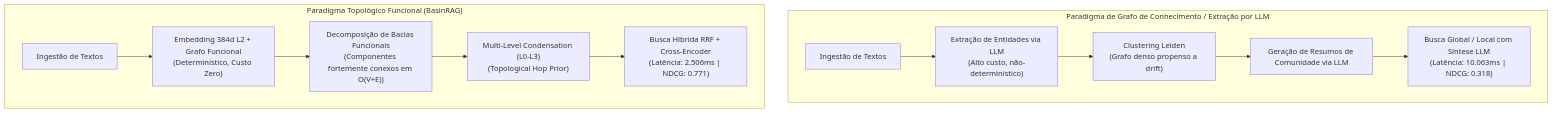
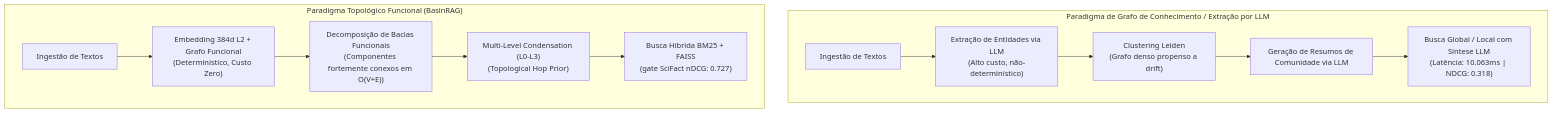
One commit to Basinfy/BasinRAG changed the diagram in docs/BENCHMARK_COMPARISON_pt.md. Above: the diagram before and after it, drawn with Mermaid. The commit also changed other lines of this file and 45 other files, not shown here.

````diff
--- a/docs/BENCHMARK_COMPARISON_pt.md
+++ b/docs/BENCHMARK_COMPARISON_pt.md
@@ -49,16 +52,16 @@
 ```mermaid
 graph TD
     subgraph "Paradigma de Grafo de Conhecimento / Extração por LLM"
         G1["Ingestão de Textos"] --> G2["Extração de Entidades via LLM<br>(Alto custo, não-determinístico)"]
         G2 --> G3["Clustering Leiden<br>(Grafo denso propenso a drift)"]
         G3 --> G4["Geração de Resumos de Comunidade via LLM"]
         G4 --> G5["Busca Global / Local com Síntese LLM<br>(Latência: 10.063ms | NDCG: 0.318)"]
     end
 
     subgraph "Paradigma Topológico Funcional (BasinRAG)"
         B1["Ingestão de Textos"] --> B2["Embedding 384d L2 + Grafo Funcional<br>(Determinístico, Custo Zero)"]
         B2 --> B3["Decomposição de Bacias Funcionais<br>(Componentes fortemente conexos em O(V+E))"]
         B3 --> B4["Multi-Level Condensation (L0-L3)<br>(Topological Hop Prior)"]
-        B4 --> B5["Busca Híbrida RRF + Cross-Encoder<br>(Latência: 2.506ms | NDCG: 0.771)"]
+        B4 --> B5["Busca Híbrida BM25 + FAISS<br>(gate SciFact nDCG: 0.727)"]
     end
 ```
````
